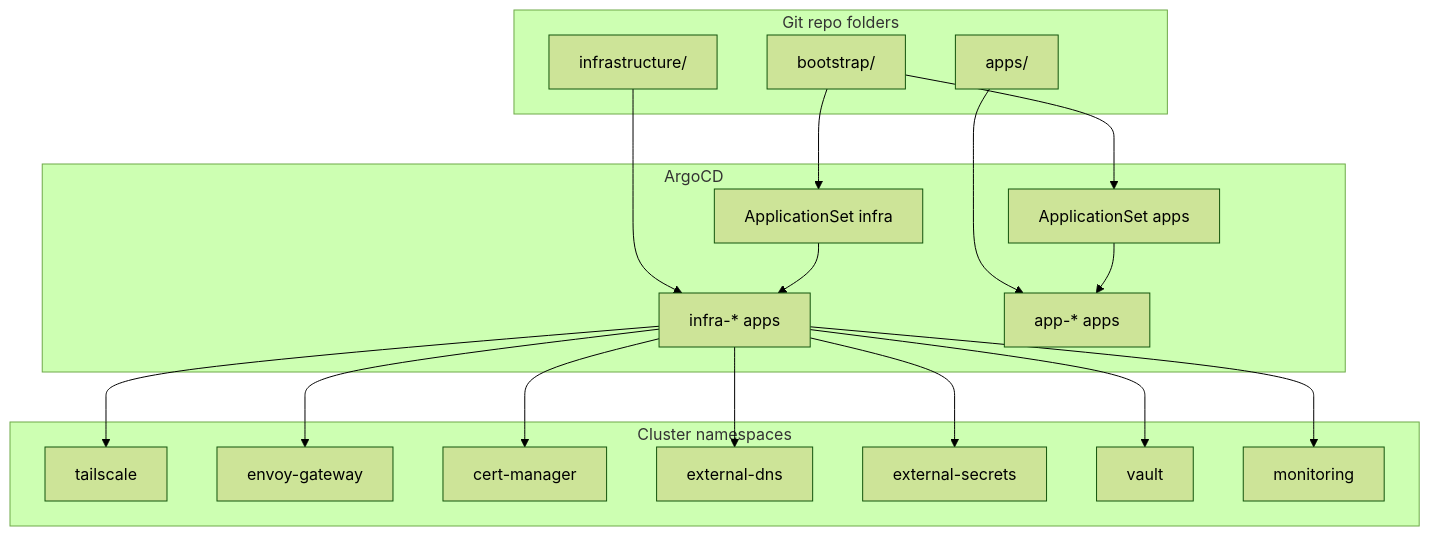
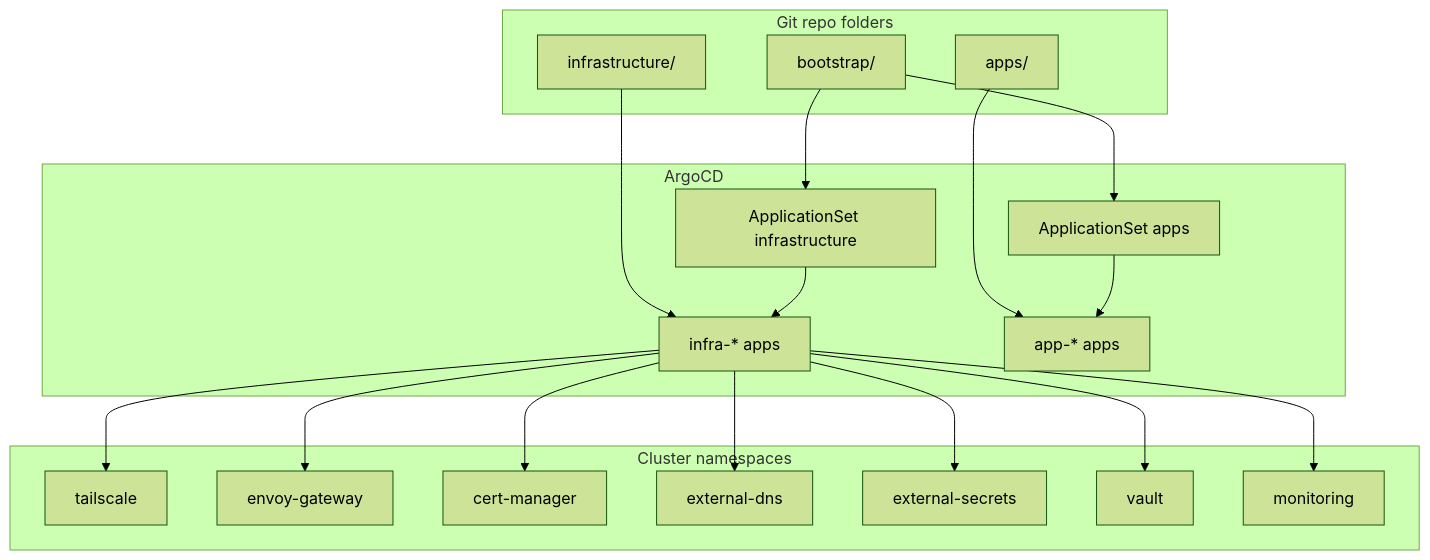
Before and after one commit to nsudhanva/homelab: the diagram in docs/src/content/docs/reference/infrastructure-components.md, drawn with Mermaid (forest theme). The commit also changed other lines of this file and 52 other files, not shown here.

````diff
--- a/docs/src/content/docs/reference/infrastructure-components.md
+++ b/docs/src/content/docs/reference/infrastructure-components.md
@@ -22,39 +22,39 @@
 ```mermaid
 flowchart TB
   subgraph Git["Git repo folders"]
     Boot["bootstrap/"]
     Infra["infrastructure/"]
     Apps["apps/"]
   end
 
   subgraph Argo["ArgoCD"]
-    AppSetInfra["ApplicationSet infra"]
+    AppSetInfra["ApplicationSet infrastructure"]
     AppSetApps["ApplicationSet apps"]
     InfraApps["infra-* apps"]
     UserApps["app-* apps"]
   end
 
   subgraph Cluster["Cluster namespaces"]
     Tailscale["tailscale"]
     Envoy["envoy-gateway"]
     Cert["cert-manager"]
     ExtDNS["external-dns"]
     ExtSecrets["external-secrets"]
     Vault["vault"]
     Monitoring["monitoring"]
   end
 
   Boot --> AppSetInfra
   Boot --> AppSetApps
   Infra --> InfraApps
   Apps --> UserApps
   AppSetInfra --> InfraApps
   AppSetApps --> UserApps
   InfraApps --> Tailscale
   InfraApps --> Envoy
   InfraApps --> Cert
   InfraApps --> ExtDNS
   InfraApps --> ExtSecrets
   InfraApps --> Vault
   InfraApps --> Monitoring
 ```
````
